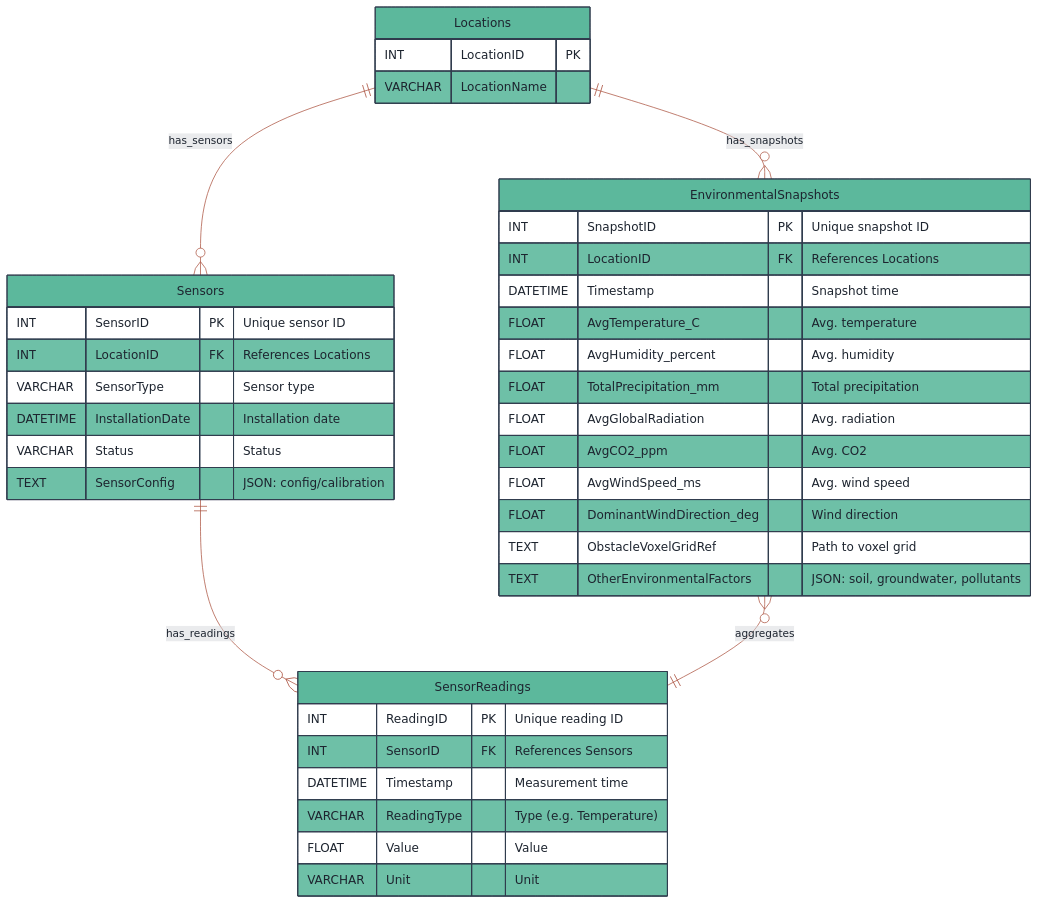
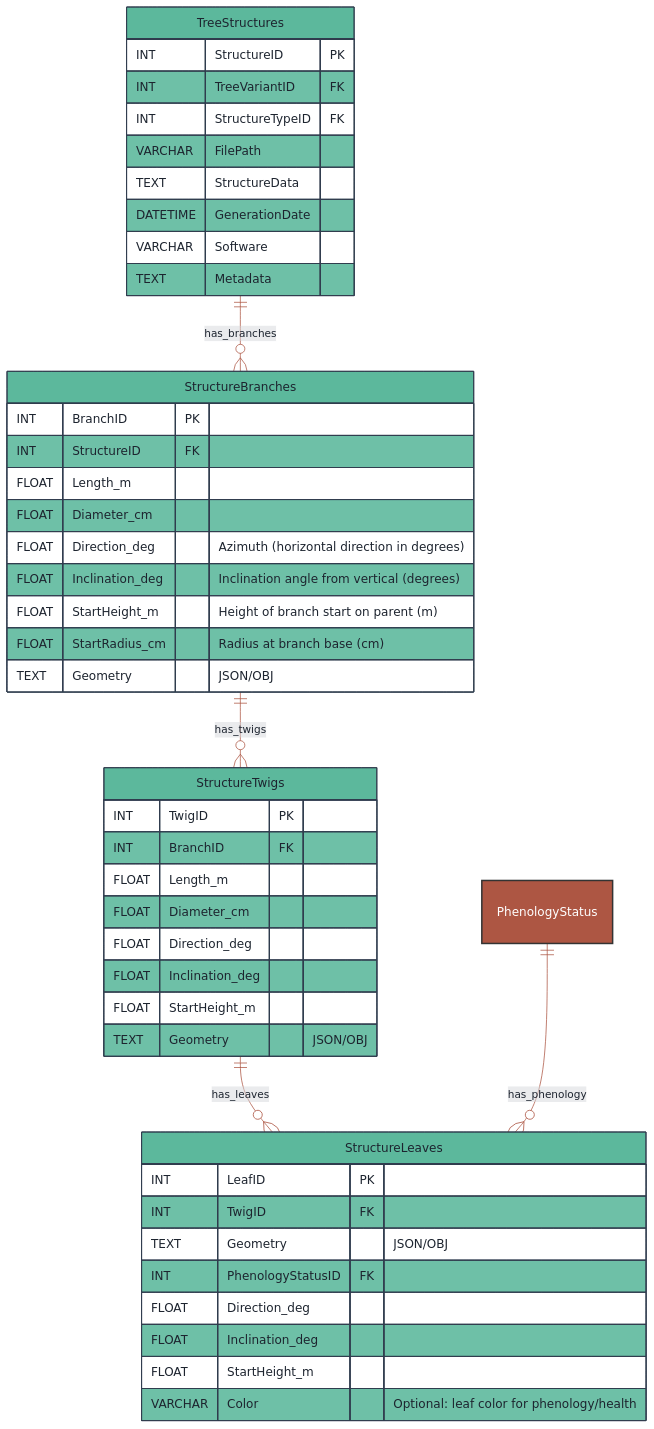
The fifth of 7 diagrams in docs/database_design.md (XRFutureForests/digital-twin-db), drawn with Mermaid before and after one commit. The commit also changed other lines of this file and 4 other files, not shown here.

````diff
--- a/docs/database_design.md
+++ b/docs/database_design.md
@@ -313,64 +503,77 @@
 ```mermaid
 %%{
   init: {
     'theme': 'base',
     'themeVariables': {
       'background': '#FFFFFF',
       'fontFamily': 'verdana',
       'lineColor': '#ad5643',
       'primaryColor': '#5cb89c',
       'primaryTextColor': '#1d242f',
       'primaryBorderColor': '#313d4f',
       'secondaryColor': '#d6aaa1',
       'secondaryTextColor': '#1d242f',
       'secondaryBorderColor': '#ad5643',
       'tertiaryColor': '#d5d8db',
       'tertiaryTextColor': '#1d242f',
       'tertiaryBorderColor': '#313d4f'
     }
   }
 }%%
 erDiagram
-    Locations {
-        INT LocationID PK
-        VARCHAR LocationName
+    PhenologyStatus
+
+    TreeStructures {
+        INT StructureID PK
+        INT TreeVariantID FK
+        INT StructureTypeID FK
+        VARCHAR FilePath
+        TEXT StructureData
+        DATETIME GenerationDate
+        VARCHAR Software
+        TEXT Metadata
     }
 
-    Sensors {
-        INT SensorID PK "Unique sensor ID"
-        INT LocationID FK "References Locations"
-        VARCHAR SensorType "Sensor type"
-        DATETIME InstallationDate "Installation date"
-        VARCHAR Status "Status"
-        TEXT SensorConfig "JSON: config/calibration"
+    StructureBranches {
+        INT BranchID PK
+        INT StructureID FK
+        FLOAT Length_m
+        FLOAT Diameter_cm
+        FLOAT Direction_deg "Azimuth (horizontal direction in degrees)"
+        FLOAT Inclination_deg "Inclination angle from vertical (degrees)"
+        FLOAT StartHeight_m "Height of branch start on parent (m)"
+        FLOAT StartRadius_cm "Radius at branch base (cm)"
+        TEXT Geometry "JSON/OBJ"
     }
 
-    SensorReadings {
-        INT ReadingID PK "Unique reading ID"
-        INT SensorID FK "References Sensors"
-        DATETIME Timestamp "Measurement time"
-        VARCHAR ReadingType "Type (e.g. Temperature)"
-        FLOAT Value "Value"
-        VARCHAR Unit "Unit"
+    StructureTwigs {
+        INT TwigID PK
+        INT BranchID FK
+        FLOAT Length_m
+        FLOAT Diameter_cm
+        FLOAT Direction_deg
+        FLOAT Inclination_deg
+        FLOAT StartHeight_m
+        TEXT Geometry "JSON/OBJ"
     }
 
-    EnvironmentalSnapshots {
-        INT SnapshotID PK "Unique snapshot ID"
-        INT LocationID FK "References Locations"
-        DATETIME Timestamp "Snapshot time"
-        FLOAT AvgTemperature_C "Avg. temperature"
-        FLOAT AvgHumidity_percent "Avg. humidity"
-        FLOAT TotalPrecipitation_mm "Total precipitation"
-        FLOAT AvgGlobalRadiation "Avg. radiation"
-        FLOAT AvgCO2_ppm "Avg. CO2"
-        FLOAT AvgWindSpeed_ms "Avg. wind speed"
-        FLOAT DominantWindDirection_deg "Wind direction"
-        TEXT ObstacleVoxelGridRef "Path to voxel grid"
-        TEXT OtherEnvironmentalFactors "JSON: soil, groundwater, pollutants"
+    StructureLeaves {
+        INT LeafID PK
+        INT TwigID FK
+        TEXT Geometry "JSON/OBJ"
+        INT PhenologyStatusID FK
+        FLOAT Direction_deg
+        FLOAT Inclination_deg
+        FLOAT StartHeight_m
+        VARCHAR Color "Optional: leaf color for phenology/health"
     }
 
-    Locations ||--o{ Sensors : has_sensors
-    Sensors ||--o{ SensorReadings : has_readings
-    Locations ||--o{ EnvironmentalSnapshots : has_snapshots
-    EnvironmentalSnapshots }o--|| SensorReadings : aggregates
+    TreeStructures ||--o{ StructureBranches : has_branches
+    StructureBranches ||--o{ StructureTwigs : has_twigs
+    StructureTwigs ||--o{ StructureLeaves : has_leaves
+    PhenologyStatus ||--o{ StructureLeaves : has_phenology
+
+    %% Color reference/lookup tables differently
+    classDef refTable fill:#ad5643,stroke:#333,stroke-width:2px,color:#fff
+    class PhenologyStatus refTable
 ```
````
